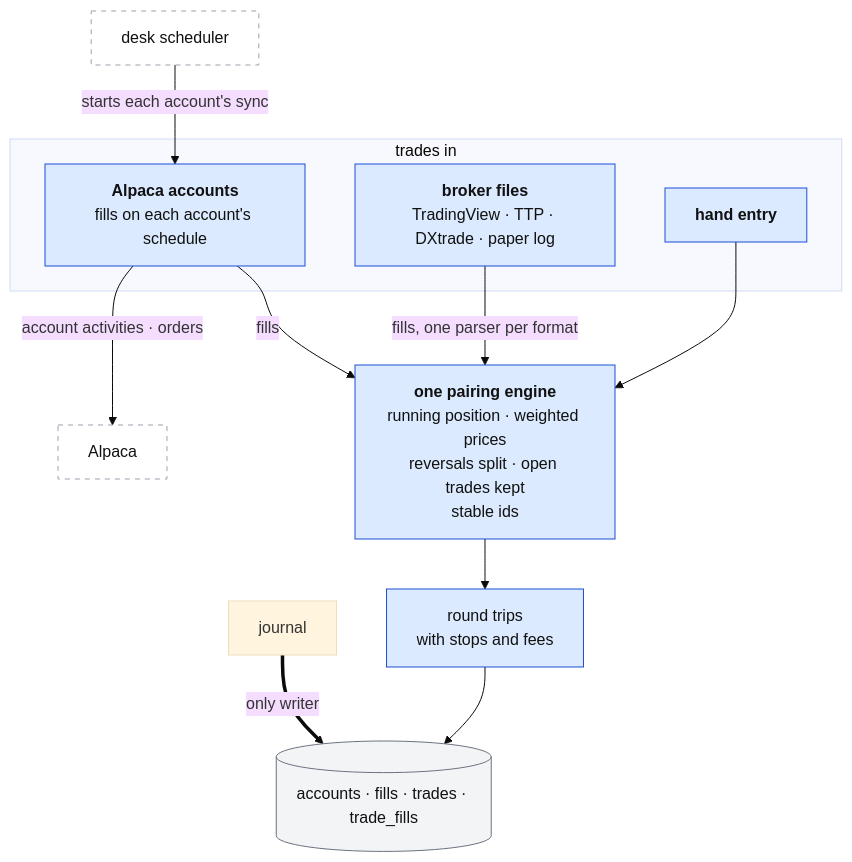
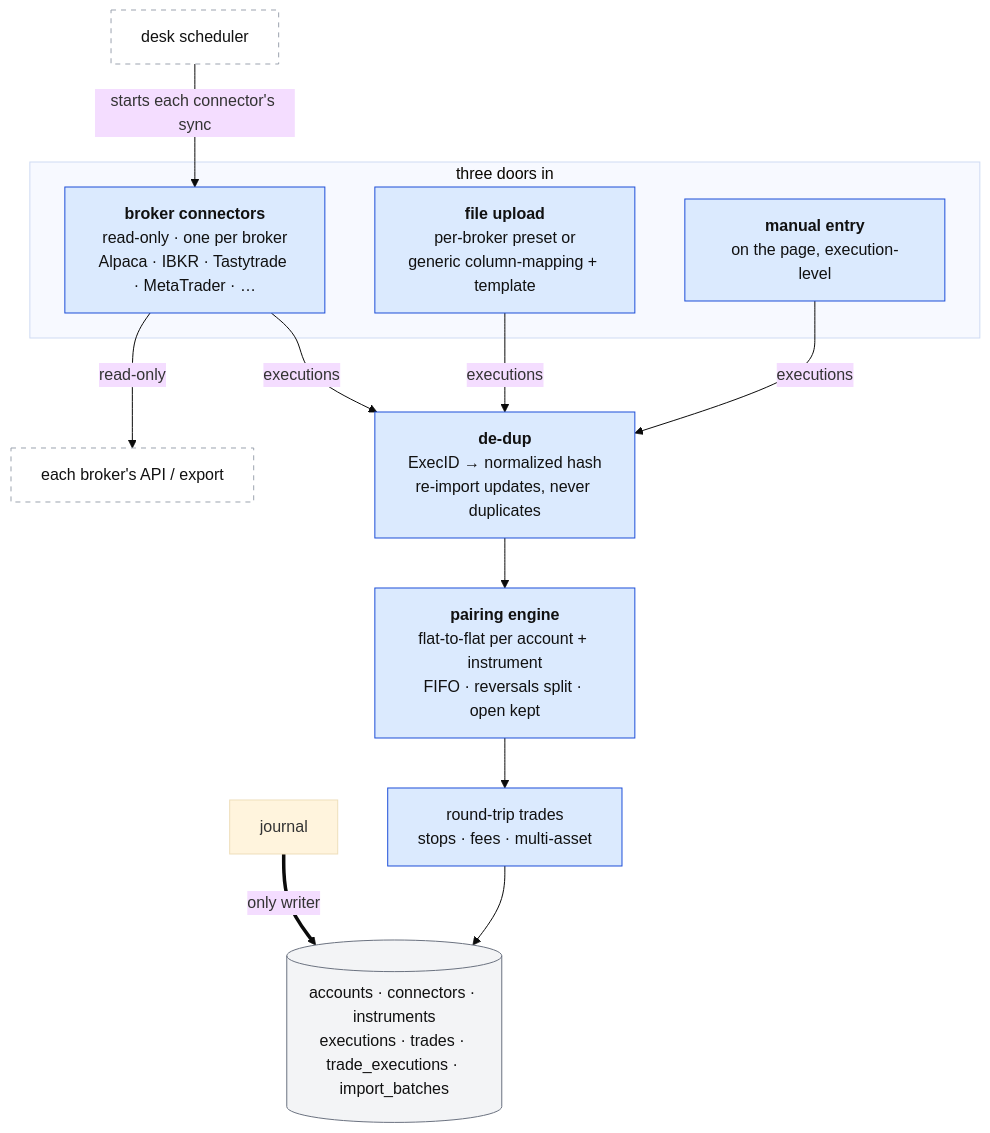
Before and after one commit to Mohamed-albadri-1995/Trade-Disk: the diagram in design/07-journal/IMPORT.md, drawn with Mermaid (base theme). The commit also changed other lines of this file and 8 other files, not shown here.

````diff
--- a/design/07-journal/IMPORT.md
+++ b/design/07-journal/IMPORT.md
@@ -37,22 +52,21 @@
 ```mermaid
 flowchart TB
-  subgraph IN["trades in"]
-    SYNC["<b>Alpaca accounts</b><br/>fills on each account's schedule"]
-    FILES["<b>broker files</b><br/>TradingView · TTP · DXtrade · paper log"]
-    HAND["<b>hand entry</b>"]
+  subgraph IN["three doors in"]
+    CONN["<b>broker connectors</b><br/>read-only · one per broker<br/>Alpaca · IBKR · Tastytrade · MetaTrader · …"]
+    FILE["<b>file upload</b><br/>per-broker preset or<br/>generic column-mapping + template"]
+    HAND["<b>manual entry</b><br/>on the page, execution-level"]
   end
-  JOBS["desk scheduler"] -->|"starts each account's sync"| SYNC
-  SYNC -->|"account activities · orders"| SRC["Alpaca"]
-  SYNC -->|"fills"| PAIR
-  FILES -->|"fills, one parser per format"| PAIR
-  HAND --> PAIR
-  PAIR["<b>one pairing engine</b><br/>running position · weighted prices<br/>reversals split · open trades kept<br/>stable ids"] --> TRADES["round trips<br/>with stops and fees"]
-  JR["journal"] ==>|"only writer"| JF[("accounts · fills · trades · trade_fills")]
+  JOBS["desk scheduler"] -->|"starts each connector's sync"| CONN
+  CONN -->|"read-only"| SRC["each broker's API / export"]
+  CONN & FILE & HAND -->|"executions"| DEDUP
+  DEDUP["<b>de-dup</b><br/>ExecID → normalized hash<br/>re-import updates, never duplicates"] --> PAIR
+  PAIR["<b>pairing engine</b><br/>flat-to-flat per account + instrument<br/>FIFO · reversals split · open kept"] --> TRADES["round-trip trades<br/>stops · fees · multi-asset"]
+  JR["journal"] ==>|"only writer"| JF[("accounts · connectors · instruments<br/>executions · trades · trade_executions · import_batches")]
   TRADES --> JF
   classDef prog fill:#dbeafe,stroke:#1d4ed8,color:#111;
   classDef store fill:#f3f4f6,stroke:#6b7280,color:#111;
   classDef ext fill:#ffffff,stroke:#9ca3af,stroke-dasharray: 5 5,color:#111;
-  class SYNC,FILES,HAND,PAIR,TRADES prog;
+  class CONN,FILE,HAND,DEDUP,PAIR,TRADES prog;
   class JF store;
   class JOBS,SRC ext;
 ```
````
